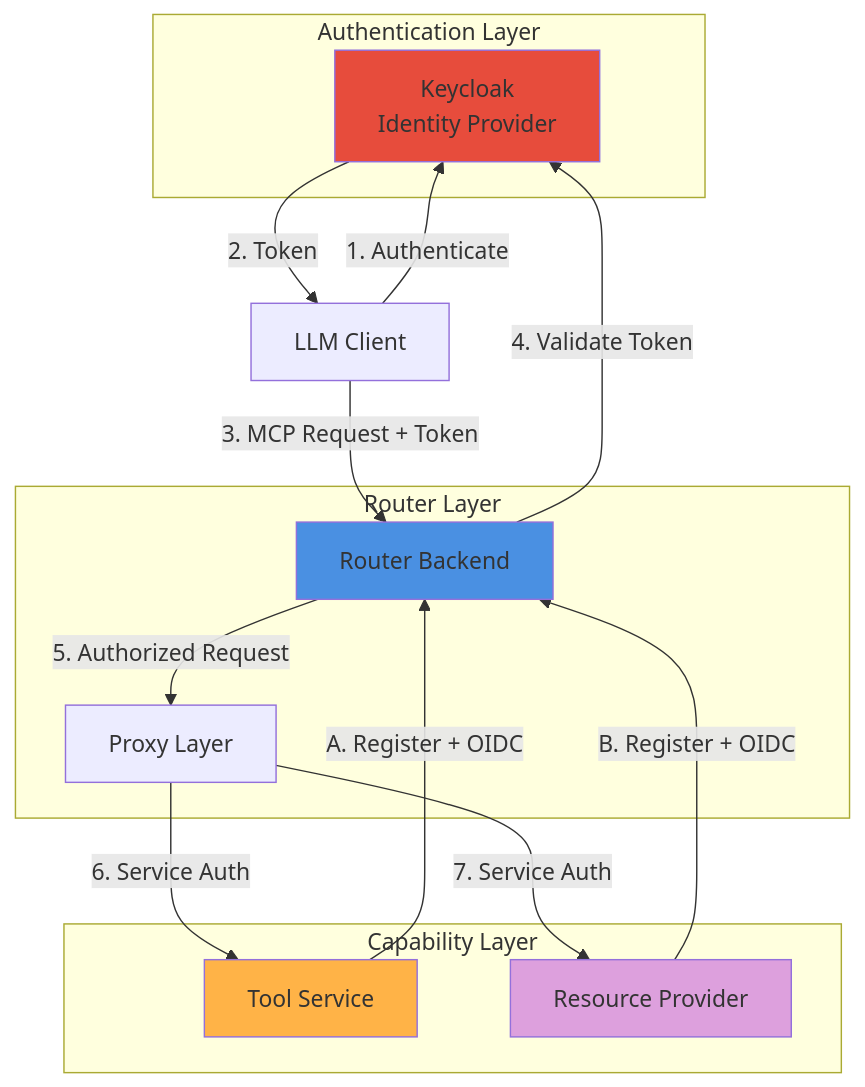
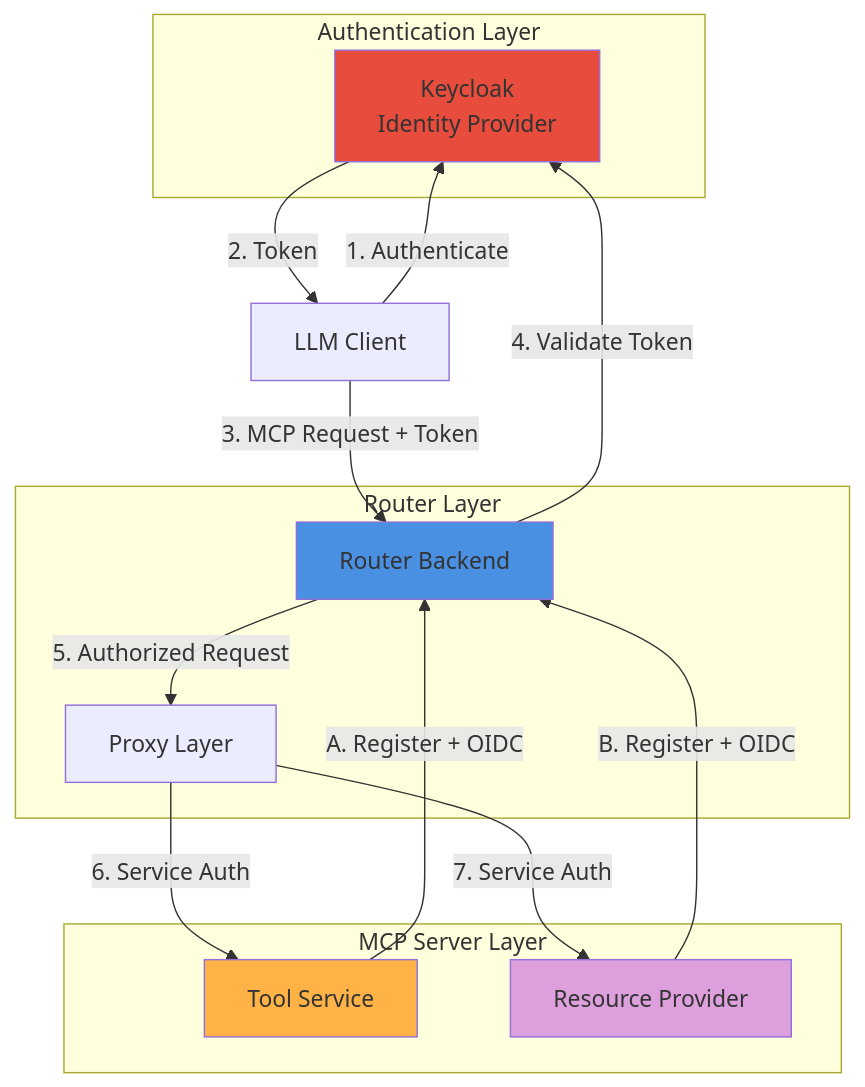
One commit to orpiske/wanaku-barn changed the sixth of 11 diagrams in docs/architecture.md. Above: the diagram before and after it, drawn with Mermaid. The commit also changed other lines of this file and 2 other files, not shown here.

Commit message:
chore: remove capability terminology from architecture, testing, and config docs

````diff
--- a/docs/architecture.md
+++ b/docs/architecture.md
@@ -268,32 +268,32 @@
 ```mermaid
 graph TB
     subgraph "Authentication Layer"
         Keycloak[Keycloak<br/>Identity Provider]
     end
 
     subgraph "Router Layer"
         Router[Router Backend]
         Proxy[Proxy Layer]
     end
 
-    subgraph "Capability Layer"
+    subgraph "MCP Server Layer"
         Service1[Tool Service]
         Service2[Resource Provider]
     end
 
     Client[LLM Client] -->|1. Authenticate| Keycloak
     Keycloak -->|2. Token| Client
     Client -->|3. MCP Request + Token| Router
     Router -->|4. Validate Token| Keycloak
     Router -->|5. Authorized Request| Proxy
 
     Service1 -->|A. Register + OIDC| Router
     Service2 -->|B. Register + OIDC| Router
     Proxy -->|6. Service Auth| Service1
     Proxy -->|7. Service Auth| Service2
 
     style Keycloak fill:#E74C3C
     style Router fill:#4A90E2
     style Service1 fill:#FFB347
     style Service2 fill:#DDA0DD
 ```
````
